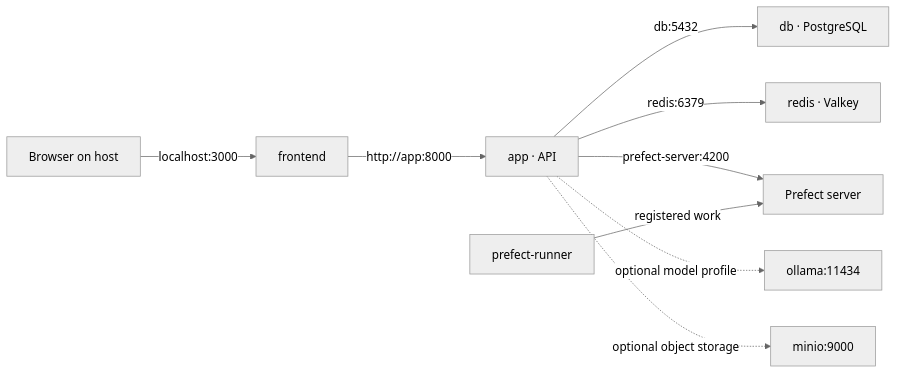
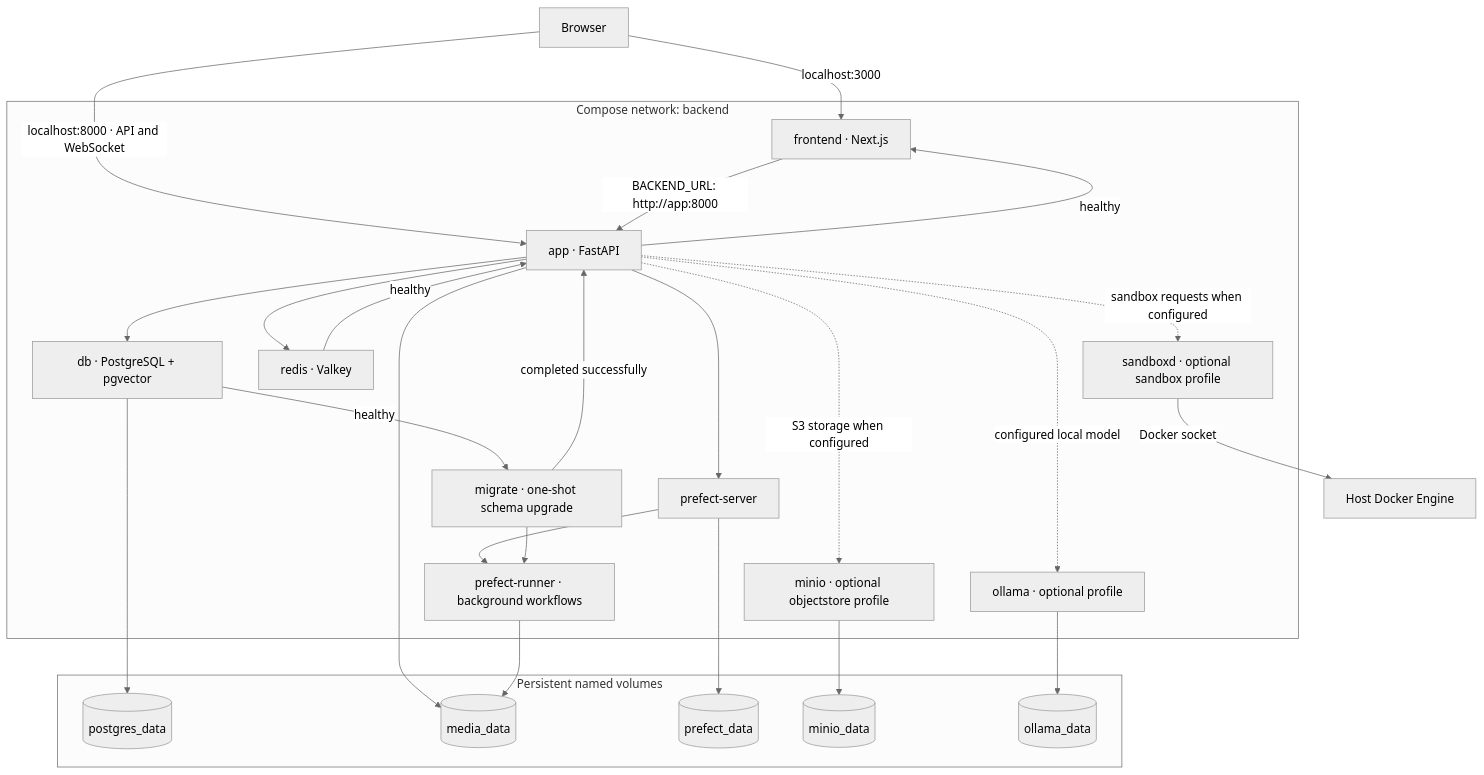
Before and after one commit to Mekin-jema/Projects: the first of 8 diagrams in agenticos-main/compose_guide.md, drawn with Mermaid (neutral theme). The commit also changed other lines of this file and 213 other files, not shown here.

````diff
--- a/agenticos-main/compose_guide.md
+++ b/agenticos-main/compose_guide.md
@@ -185,11 +28,52 @@
 ```mermaid
-flowchart LR
-    Browser["Browser on host"] -->|"localhost:3000"| Frontend["frontend"]
-    Frontend -->|"http://app:8000"| App["app · API"]
-    App -->|"db:5432"| DB["db · PostgreSQL"]
-    App -->|"redis:6379"| Cache["redis · Valkey"]
-    App -->|"prefect-server:4200"| Prefect["Prefect server"]
-    Runner["prefect-runner"] -->|"registered work"| Prefect
-    App -. "optional model profile" .-> Ollama["ollama:11434"]
-    App -. "optional object storage" .-> Minio["minio:9000"]
+flowchart TB
+    BROWSER["Browser"]
+    subgraph NETWORK["Compose network: backend"]
+        DB["db · PostgreSQL + pgvector"]
+        MIGRATE["migrate · one-shot schema upgrade"]
+        REDIS["redis · Valkey"]
+        APP["app · FastAPI"]
+        FRONTEND["frontend · Next.js"]
+        PREFECT["prefect-server"]
+        RUNNER["prefect-runner · background workflows"]
+        OLLAMA["ollama · optional profile"]
+        MINIO["minio · optional objectstore profile"]
+        SANDBOXD["sandboxd · optional sandbox profile"]
+
+        DB -->|"healthy"| MIGRATE
+        MIGRATE -->|"completed successfully"| APP
+        REDIS -->|"healthy"| APP
+        APP --> DB
+        APP --> REDIS
+        APP --> PREFECT
+        PREFECT --> RUNNER
+        MIGRATE --> RUNNER
+        APP -->|"healthy"| FRONTEND
+
+        APP -.->|"configured local model"| OLLAMA
+        APP -.->|"S3 storage when configured"| MINIO
+        APP -.->|"sandbox requests when configured"| SANDBOXD
+    end
+
+    BROWSER -->|"localhost:3000"| FRONTEND
+    BROWSER -->|"localhost:8000 · API and WebSocket"| APP
+    FRONTEND -->|"BACKEND_URL: http://app:8000"| APP
+
+    subgraph STORAGE["Persistent named volumes"]
+        DBVOL[("postgres_data")]
+        MEDIAVOL[("media_data")]
+        PREFECTVOL[("prefect_data")]
+        MINIOVOL[("minio_data")]
+        OLLAMAVOL[("ollama_data")]
+    end
+
+    DB --> DBVOL
+    APP --> MEDIAVOL
+    RUNNER --> MEDIAVOL
+    PREFECT --> PREFECTVOL
+    MINIO --> MINIOVOL
+    OLLAMA --> OLLAMAVOL
+
+    DOCKER["Host Docker Engine"]
+    SANDBOXD -->|"Docker socket"| DOCKER
 ```
````
